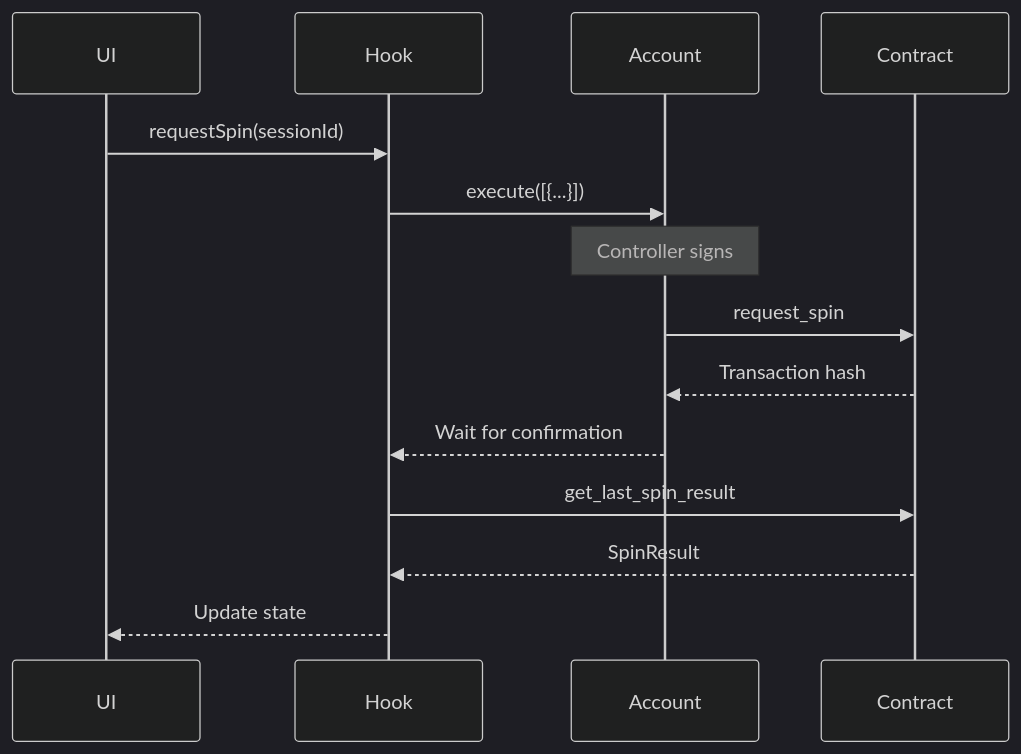
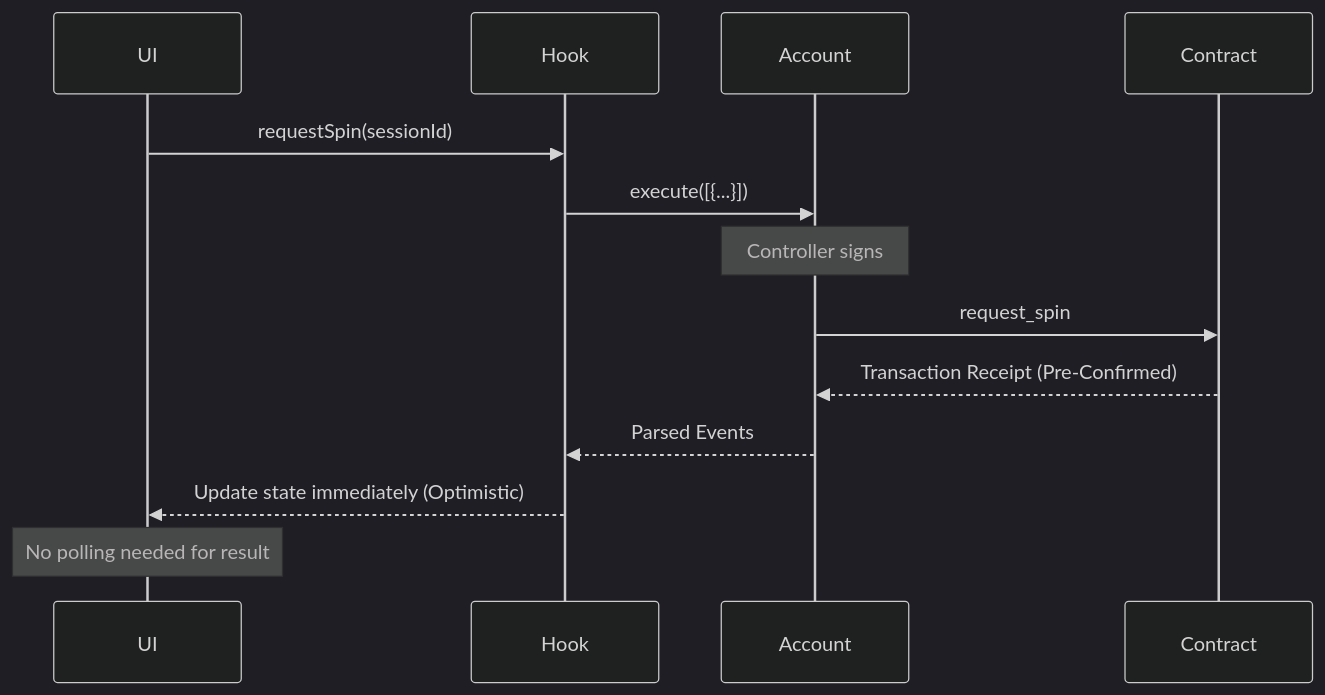
One commit to adrianvrj/abyss-docs changed the diagram in technical/frontend.mdx. Above: the diagram before and after it, drawn with Mermaid (dark theme). The commit also changed other lines of this file and 2 other files, not shown here.

````diff
--- a/technical/frontend.mdx
+++ b/technical/frontend.mdx
@@ -129,17 +127,16 @@
 ```mermaid
 sequenceDiagram
     participant UI
     participant Hook
     participant Account
     participant Contract
     
     UI->>Hook: requestSpin(sessionId)
     Hook->>Account: execute([{...}])
     Note over Account: Controller signs
     Account->>Contract: request_spin
-    Contract-->>Account: Transaction hash
-    Account-->>Hook: Wait for confirmation
-    Hook->>Contract: get_last_spin_result
-    Contract-->>Hook: SpinResult
-    Hook-->>UI: Update state
+    Contract-->>Account: Transaction Receipt (Pre-Confirmed)
+    Account-->>Hook: Parsed Events
+    Hook-->>UI: Update state immediately (Optimistic)
+    Note over UI: No polling needed for result
 ```
````
